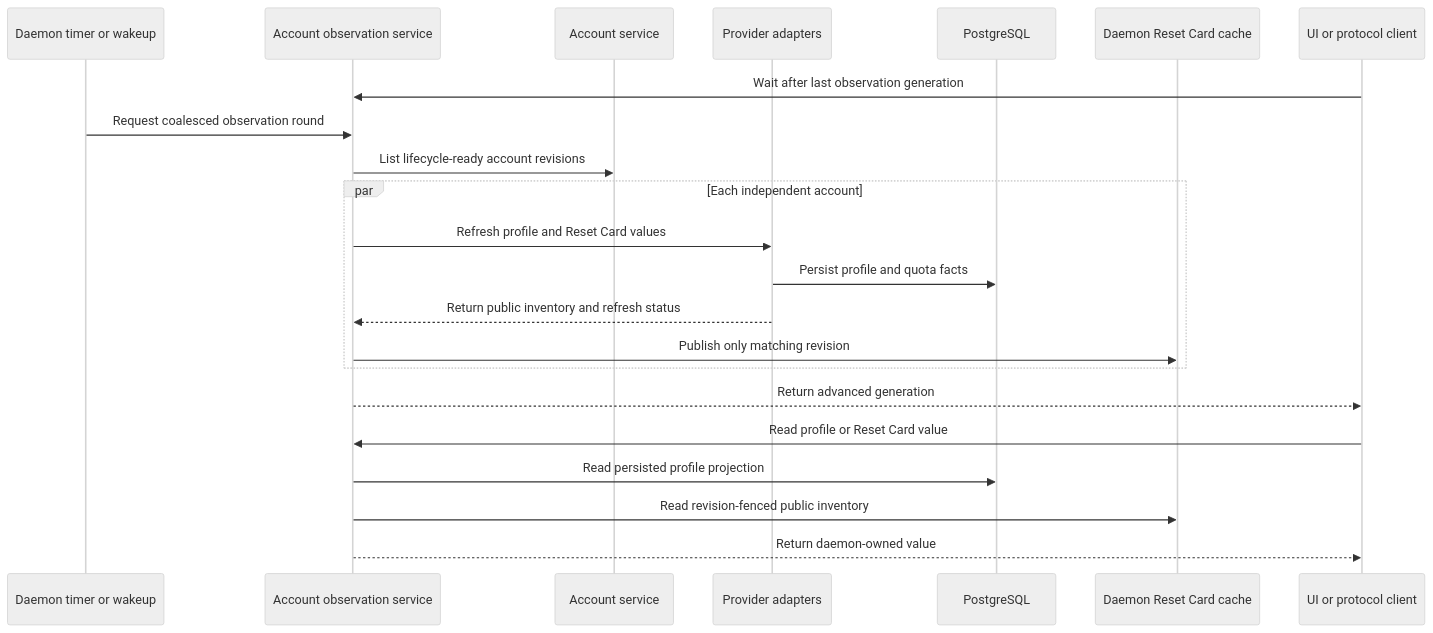
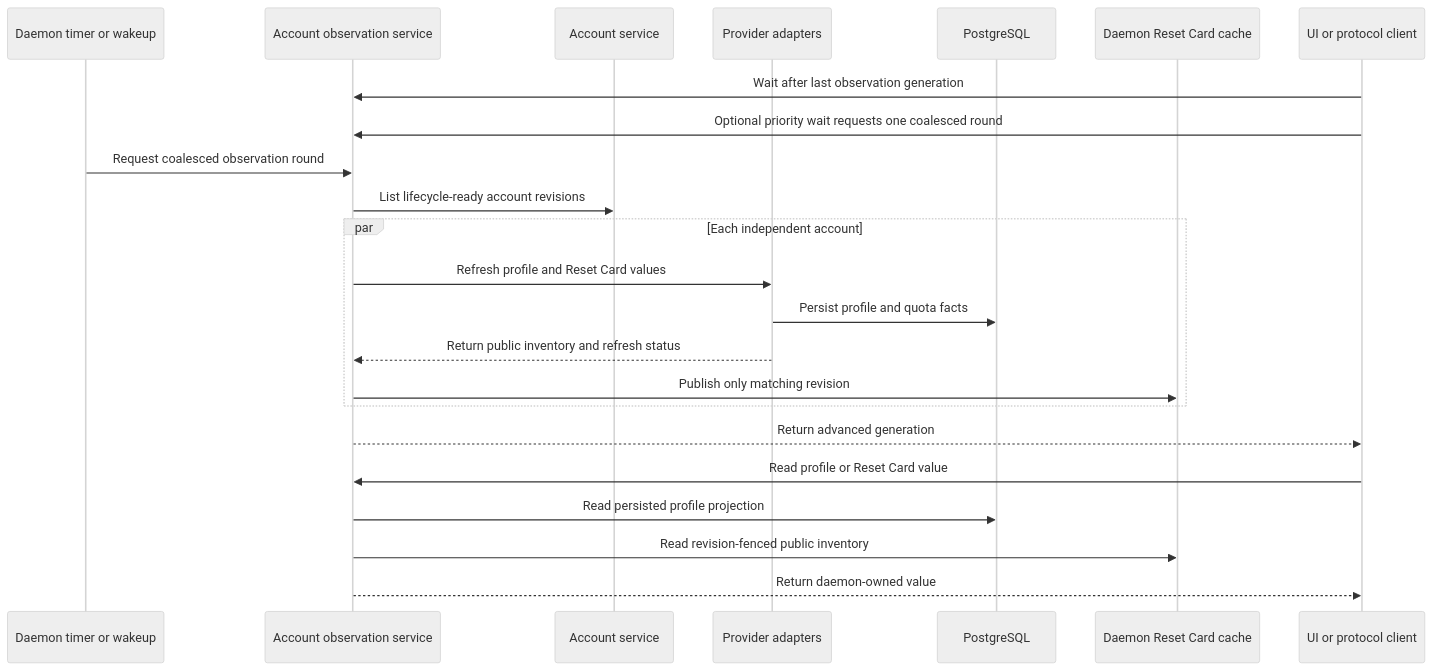
One commit to acg-box/decodex changed the diagram in openwiki/specs/account-lifecycle-authority.md. Above: the diagram before and after it, drawn with Mermaid (neutral theme). The commit also changed other lines of this file and 20 other files, not shown here.

Commit message:
{"schema":"decodex/commit/2","change":"Implement freshness-first menubar background refresh","authority":"manual","impact":"compatible"}

````diff
--- a/openwiki/specs/account-lifecycle-authority.md
+++ b/openwiki/specs/account-lifecycle-authority.md
@@ -362,25 +369,26 @@
 ```mermaid
 sequenceDiagram
     participant Timer as Daemon timer or wakeup
     participant Observer as Account observation service
     participant Accounts as Account service
     participant Provider as Provider adapters
     participant Store as PostgreSQL
-    participant Cache as Daemon Reset Card cache
+	participant Cache as Daemon Reset Card cache
 	participant Client as UI or protocol client
 
 	Client->>Observer: Wait after last observation generation
+	Client->>Observer: Optional priority wait requests one coalesced round
 	Timer->>Observer: Request coalesced observation round
     Observer->>Accounts: List lifecycle-ready account revisions
     par Each independent account
         Observer->>Provider: Refresh profile and Reset Card values
         Provider->>Store: Persist profile and quota facts
         Provider-->>Observer: Return public inventory and refresh status
 		Observer->>Cache: Publish only matching revision
 	end
 	Observer-->>Client: Return advanced generation
 	Client->>Observer: Read profile or Reset Card value
     Observer->>Store: Read persisted profile projection
     Observer->>Cache: Read revision-fenced public inventory
     Observer-->>Client: Return daemon-owned value
 ```
````
